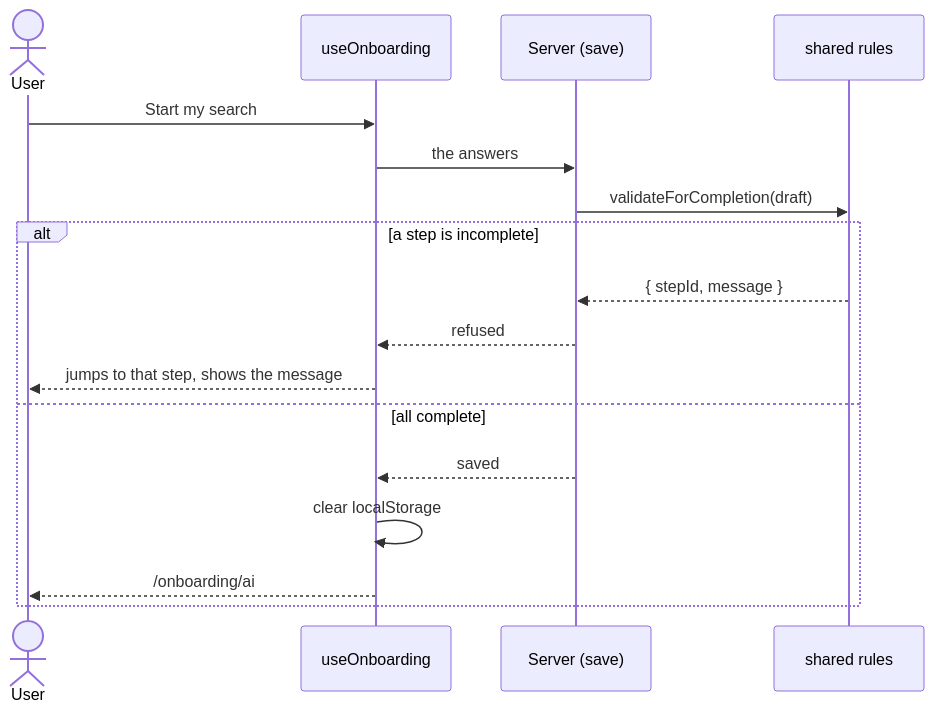
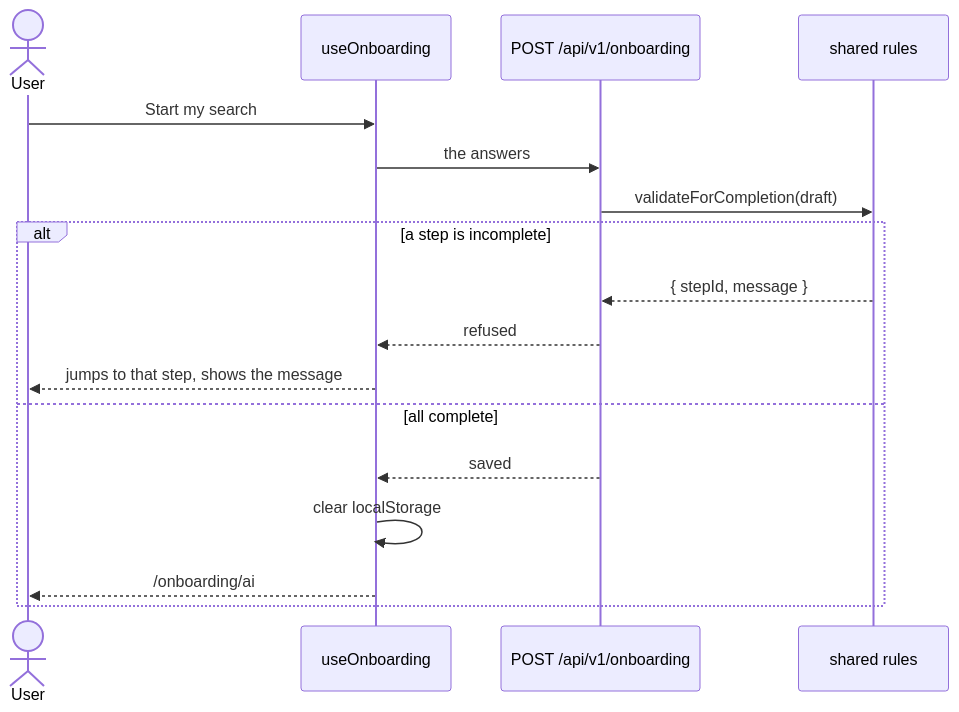
Before and after one commit to jobak-net/jobak: the fifth of 6 diagrams in docs/frontend/ONBOARDING.md, drawn with Mermaid. The commit also changed other lines of this file and 79 other files, not shown here.

````diff
--- a/docs/frontend/ONBOARDING.md
+++ b/docs/frontend/ONBOARDING.md
@@ -112,20 +140,20 @@
 ```mermaid
 sequenceDiagram
     actor U as User
     participant H as useOnboarding
-    participant API as Server (save)
+    participant API as POST /api/v1/onboarding
     participant SR as shared rules
 
     U->>H: Start my search
     H->>API: the answers
     API->>SR: validateForCompletion(draft)
     alt a step is incomplete
         SR-->>API: { stepId, message }
         API-->>H: refused
         H-->>U: jumps to that step, shows the message
     else all complete
         API-->>H: saved
         H->>H: clear localStorage
         H-->>U: /onboarding/ai
     end
 ```
````
